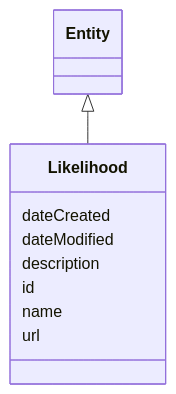
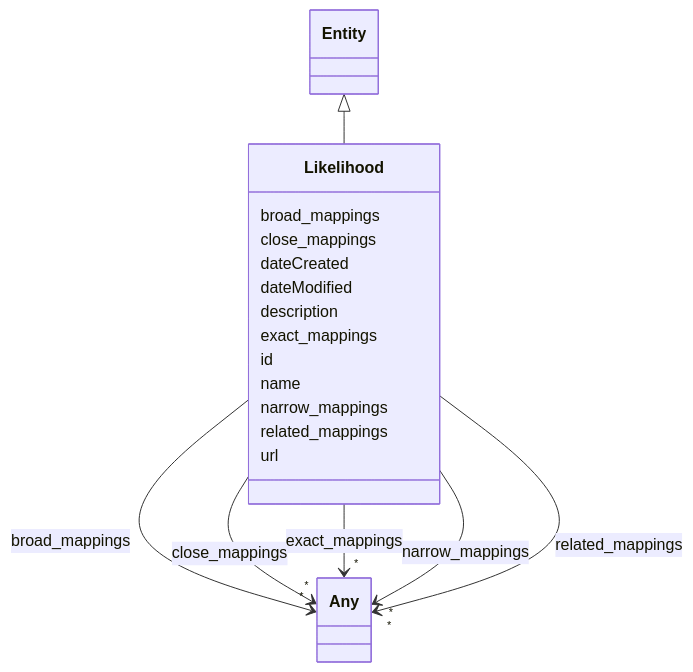
Before and after one commit to ingelise/risk-atlas-nexus: the diagram in docs/ontology/Likelihood.md, drawn with Mermaid. The commit also changed other lines of this file and 180 other files, not shown here.

````diff
--- a/docs/ontology/Likelihood.md
+++ b/docs/ontology/Likelihood.md
@@ -13,21 +13,76 @@
 ```mermaid
  classDiagram
     class Likelihood
     click Likelihood href "../Likelihood/"
       Entity <|-- Likelihood
         click Entity href "../Entity/"
 
+      Likelihood : broad_mappings
+
+
+
+
+
+        Likelihood --> "*" Any : broad_mappings
+        click Any href "../Any/"
+
+
+
+      Likelihood : close_mappings
+
+
+
+
+
+        Likelihood --> "*" Any : close_mappings
+        click Any href "../Any/"
+
+
+
       Likelihood : dateCreated
 
       Likelihood : dateModified
 
       Likelihood : description
 
+      Likelihood : exact_mappings
+
+
+
+
+
+        Likelihood --> "*" Any : exact_mappings
+        click Any href "../Any/"
+
+
+
       Likelihood : id
 
       Likelihood : name
+
+      Likelihood : narrow_mappings
+
+
+
+
+
+        Likelihood --> "*" Any : narrow_mappings
+        click Any href "../Any/"
+
+
+
+      Likelihood : related_mappings
+
+
+
+
+
+        Likelihood --> "*" Any : related_mappings
+        click Any href "../Any/"
+
+
 
       Likelihood : url
 
 
 ```
````
